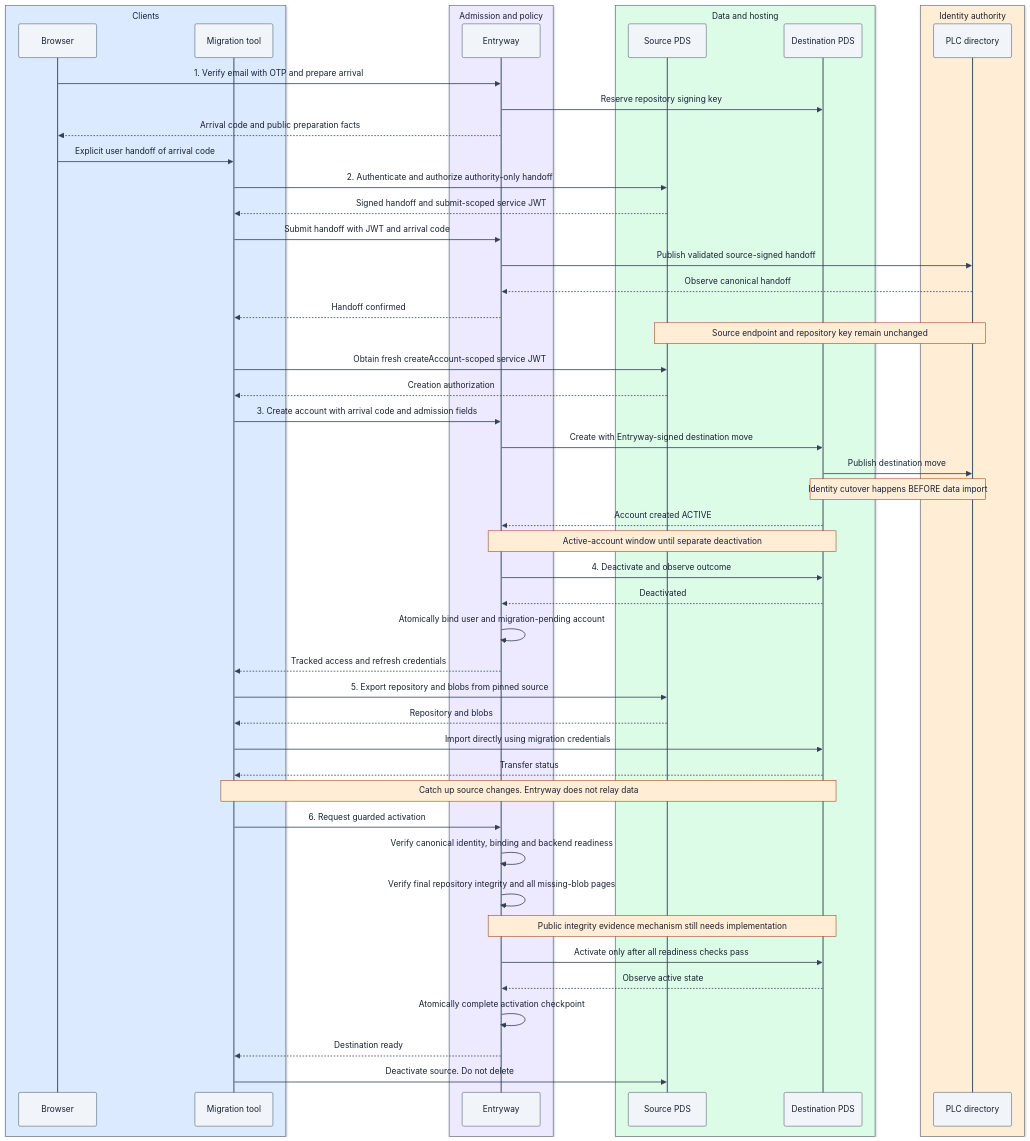
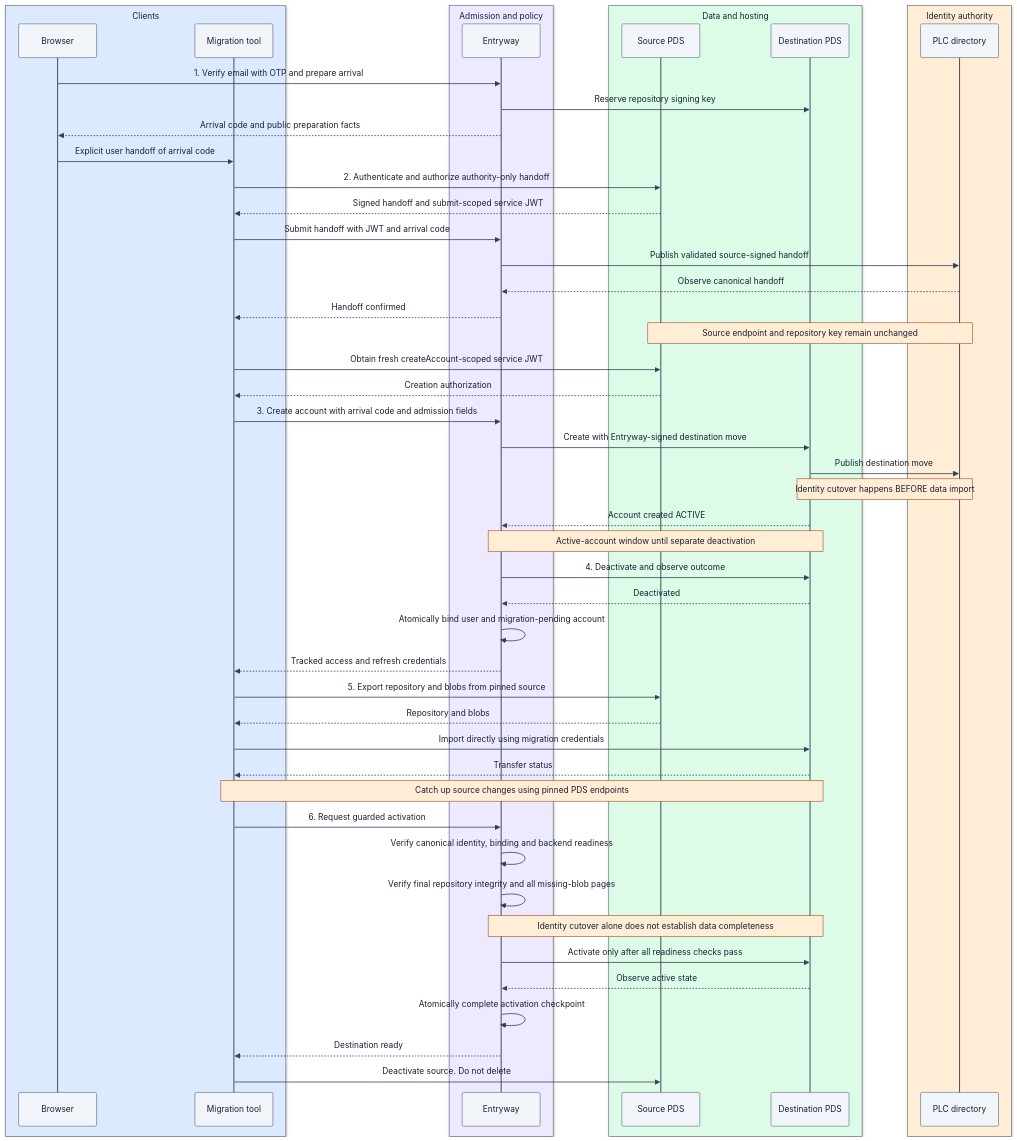
Before and after one commit to hypercerts-org/hypercerts-entryway: the diagram in docs/incoming-migration.md, drawn with Mermaid. The commit also changed other lines of this file, not shown here.

First line of the commit message:
docs: explain how incoming migration works through Entryway

````diff
--- a/docs/incoming-migration.md
+++ b/docs/incoming-migration.md
@@ -38,61 +76,61 @@
 ```mermaid
 %%{init: {'theme': 'base', 'themeVariables': {'background': '#FFFFFF', 'primaryColor': '#DBEAFE', 'primaryTextColor': '#172033', 'primaryBorderColor': '#475569', 'lineColor': '#334155', 'textColor': '#172033', 'actorBkg': '#F1F5F9', 'actorBorder': '#475569', 'actorTextColor': '#172033', 'actorLineColor': '#475569', 'signalColor': '#334155', 'signalTextColor': '#172033', 'labelBoxBkgColor': '#EDE9FE', 'labelBoxBorderColor': '#475569', 'labelTextColor': '#172033', 'loopTextColor': '#172033', 'noteBkgColor': '#FFEDD5', 'noteBorderColor': '#9A3412', 'noteTextColor': '#172033'}}}%%
 sequenceDiagram
     box rgb(219, 234, 254) Clients
         participant Browser
         participant Tool as Migration tool
     end
     box rgb(237, 233, 254) Admission and policy
         participant Entryway
     end
     box rgb(220, 252, 231) Data and hosting
         participant Source as Source PDS
         participant Destination as Destination PDS
     end
     box rgb(255, 237, 213) Identity authority
         participant PLC as PLC directory
     end
 
     Browser->>Entryway: 1. Verify email with OTP and prepare arrival
     Entryway->>Destination: Reserve repository signing key
     Entryway-->>Browser: Arrival code and public preparation facts
     Browser->>Tool: Explicit user handoff of arrival code
 
     Tool->>Source: 2. Authenticate and authorize authority-only handoff
     Source-->>Tool: Signed handoff and submit-scoped service JWT
     Tool->>Entryway: Submit handoff with JWT and arrival code
     Entryway->>PLC: Publish validated source-signed handoff
     PLC-->>Entryway: Observe canonical handoff
     Entryway-->>Tool: Handoff confirmed
     Note over Source,PLC: Source endpoint and repository key remain unchanged
 
     Tool->>Source: Obtain fresh createAccount-scoped service JWT
     Source-->>Tool: Creation authorization
     Tool->>Entryway: 3. Create account with arrival code and admission fields
     Entryway->>Destination: Create with Entryway-signed destination move
     Destination->>PLC: Publish destination move
     Note over Destination,PLC: Identity cutover happens BEFORE data import
     Destination-->>Entryway: Account created ACTIVE
     Note over Entryway,Destination: Active-account window until separate deactivation
 
     Entryway->>Destination: 4. Deactivate and observe outcome
     Destination-->>Entryway: Deactivated
     Entryway->>Entryway: Atomically bind user and migration-pending account
     Entryway-->>Tool: Tracked access and refresh credentials
 
     Tool->>Source: 5. Export repository and blobs from pinned source
     Source-->>Tool: Repository and blobs
     Tool->>Destination: Import directly using migration credentials
     Destination-->>Tool: Transfer status
-    Note over Tool,Destination: Catch up source changes. Entryway does not relay data
+    Note over Tool,Destination: Catch up source changes using pinned PDS endpoints
 
     Tool->>Entryway: 6. Request guarded activation
     Entryway->>Entryway: Verify canonical identity, binding and backend readiness
     Entryway->>Entryway: Verify final repository integrity and all missing-blob pages
-    Note over Entryway,Destination: Public integrity evidence mechanism still needs implementation
+    Note over Entryway,Destination: Identity cutover alone does not establish data completeness
     Entryway->>Destination: Activate only after all readiness checks pass
     Destination-->>Entryway: Observe active state
     Entryway->>Entryway: Atomically complete activation checkpoint
     Entryway-->>Tool: Destination ready
     Tool->>Source: Deactivate source. Do not delete
 ```
````
